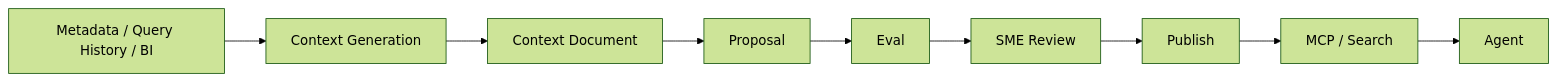
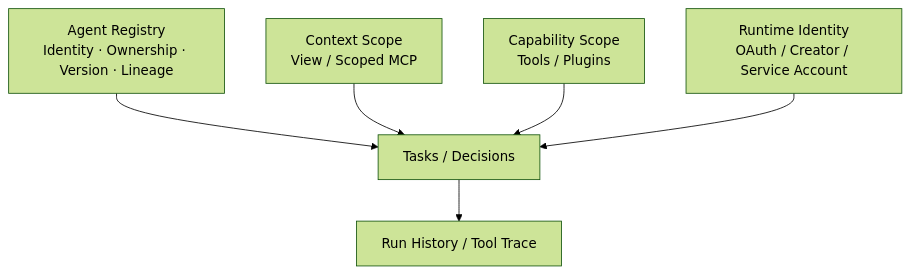
The diagram in README.md (XiaoWeiKIN/datahub-research), drawn with Mermaid (forest theme) before and after one commit. The commit also changed other lines of this file, not shown here.

Commit message:
docs: map DataHub agent governance model

```diff
--- a/README.md
+++ b/README.md
@@ -34,14 +33,15 @@
 ~~~mermaid
-flowchart LR
-    SRC[Metadata / Query History / BI]
-    GEN[Context Generation]
-    DOC[Context Document]
-    PROP[Proposal]
-    EVAL[Eval]
-    SME[SME Review]
-    PUB[Publish]
-    MCP[MCP / Search]
-    AG[Agent]
+flowchart TB
+    REG[Agent Registry<br/>Identity · Ownership · Version · Lineage]
+    SCOPE[Context Scope<br/>View / Scoped MCP]
+    CAP[Capability Scope<br/>Tools / Plugins]
+    ID[Runtime Identity<br/>OAuth / Creator / Service Account]
+    RUN[Tasks / Decisions]
+    AUDIT[Run History / Tool Trace]
 
-    SRC --> GEN --> DOC --> PROP --> EVAL --> SME --> PUB --> MCP --> AG
+    REG --> RUN
+    SCOPE --> RUN
+    CAP --> RUN
+    ID --> RUN
+    RUN --> AUDIT
 ~~~
```
